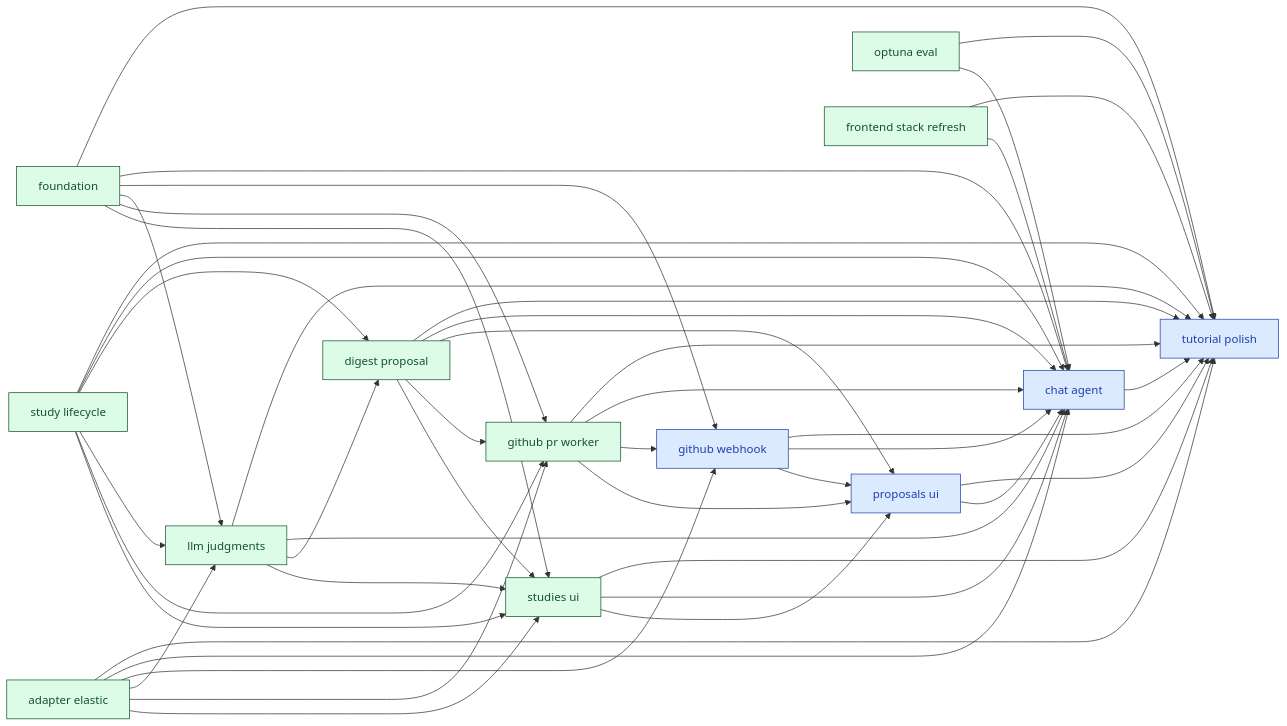
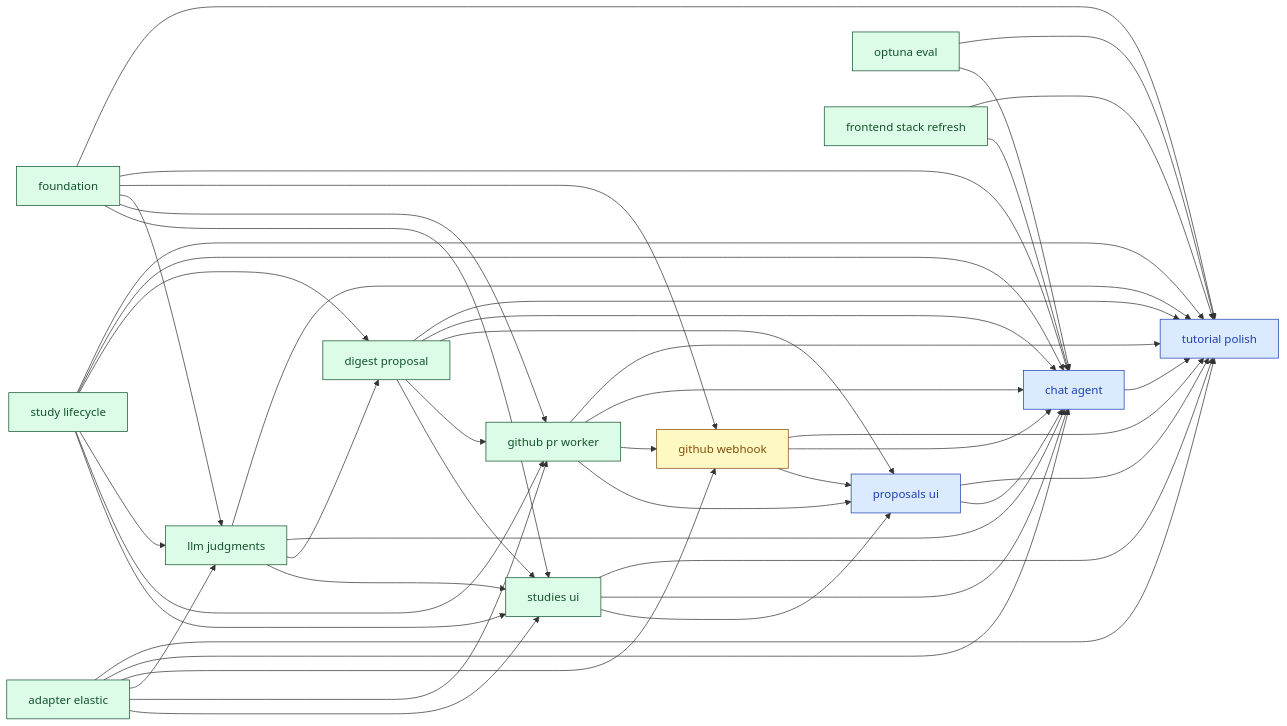
The diagram in docs/00_overview/MVP1_DASHBOARD.md (SoundMindsAI/relyloop), drawn with Mermaid before and after one commit. The commit also changed other lines of this file and 4 other files, not shown here.

````diff
--- a/docs/00_overview/MVP1_DASHBOARD.md
+++ b/docs/00_overview/MVP1_DASHBOARD.md
@@ -88,78 +89,78 @@
 ```mermaid
 graph LR
   classDef done fill:#dcfce7,stroke:#14532d,color:#14532d;
   classDef implement fill:#ffedd5,stroke:#9a3412,color:#9a3412;
   classDef plan fill:#fef9c3,stroke:#854d0e,color:#854d0e;
   classDef spec fill:#dbeafe,stroke:#1e40af,color:#1e40af;
   classDef idea fill:#f1f5f9,stroke:#334155,color:#334155;
   chore_tutorial_polish["tutorial polish"]
   class chore_tutorial_polish spec;
   feat_chat_agent["chat agent"]
   class feat_chat_agent spec;
   feat_github_webhook["github webhook"]
-  class feat_github_webhook spec;
+  class feat_github_webhook plan;
   feat_proposals_ui["proposals ui"]
   class feat_proposals_ui spec;
   infra_foundation["foundation"]
   class infra_foundation done;
   feat_study_lifecycle["study lifecycle"]
   class feat_study_lifecycle done;
   infra_adapter_elastic["adapter elastic"]
   class infra_adapter_elastic done;
   infra_optuna_eval["optuna eval"]
   class infra_optuna_eval done;
   feat_digest_proposal["digest proposal"]
   class feat_digest_proposal done;
   feat_llm_judgments["llm judgments"]
   class feat_llm_judgments done;
   feat_github_pr_worker["github pr worker"]
   class feat_github_pr_worker done;
   feat_studies_ui["studies ui"]
   class feat_studies_ui done;
   infra_frontend_stack_refresh["frontend stack refresh"]
   class infra_frontend_stack_refresh done;
   feat_chat_agent --> chore_tutorial_polish
   feat_digest_proposal --> chore_tutorial_polish
   feat_github_pr_worker --> chore_tutorial_polish
   feat_github_webhook --> chore_tutorial_polish
   feat_llm_judgments --> chore_tutorial_polish
   feat_proposals_ui --> chore_tutorial_polish
   feat_studies_ui --> chore_tutorial_polish
   feat_study_lifecycle --> chore_tutorial_polish
   infra_adapter_elastic --> chore_tutorial_polish
   infra_foundation --> chore_tutorial_polish
   infra_frontend_stack_refresh --> chore_tutorial_polish
   infra_optuna_eval --> chore_tutorial_polish
   feat_digest_proposal --> feat_chat_agent
   feat_github_pr_worker --> feat_chat_agent
   feat_github_webhook --> feat_chat_agent
   feat_llm_judgments --> feat_chat_agent
   feat_proposals_ui --> feat_chat_agent
   feat_studies_ui --> feat_chat_agent
   feat_study_lifecycle --> feat_chat_agent
   infra_adapter_elastic --> feat_chat_agent
   infra_foundation --> feat_chat_agent
   infra_frontend_stack_refresh --> feat_chat_agent
   infra_optuna_eval --> feat_chat_agent
   infra_foundation --> feat_github_webhook
   infra_adapter_elastic --> feat_github_webhook
   feat_github_pr_worker --> feat_github_webhook
   feat_studies_ui --> feat_proposals_ui
   feat_digest_proposal --> feat_proposals_ui
   feat_github_pr_worker --> feat_proposals_ui
   feat_github_webhook --> feat_proposals_ui
   feat_study_lifecycle --> feat_digest_proposal
   feat_llm_judgments --> feat_digest_proposal
   infra_foundation --> feat_llm_judgments
   infra_adapter_elastic --> feat_llm_judgments
   feat_study_lifecycle --> feat_llm_judgments
   infra_foundation --> feat_github_pr_worker
   infra_adapter_elastic --> feat_github_pr_worker
   feat_study_lifecycle --> feat_github_pr_worker
   feat_digest_proposal --> feat_github_pr_worker
   infra_foundation --> feat_studies_ui
   feat_study_lifecycle --> feat_studies_ui
   feat_digest_proposal --> feat_studies_ui
   feat_llm_judgments --> feat_studies_ui
   infra_adapter_elastic --> feat_studies_ui
 ```
````
